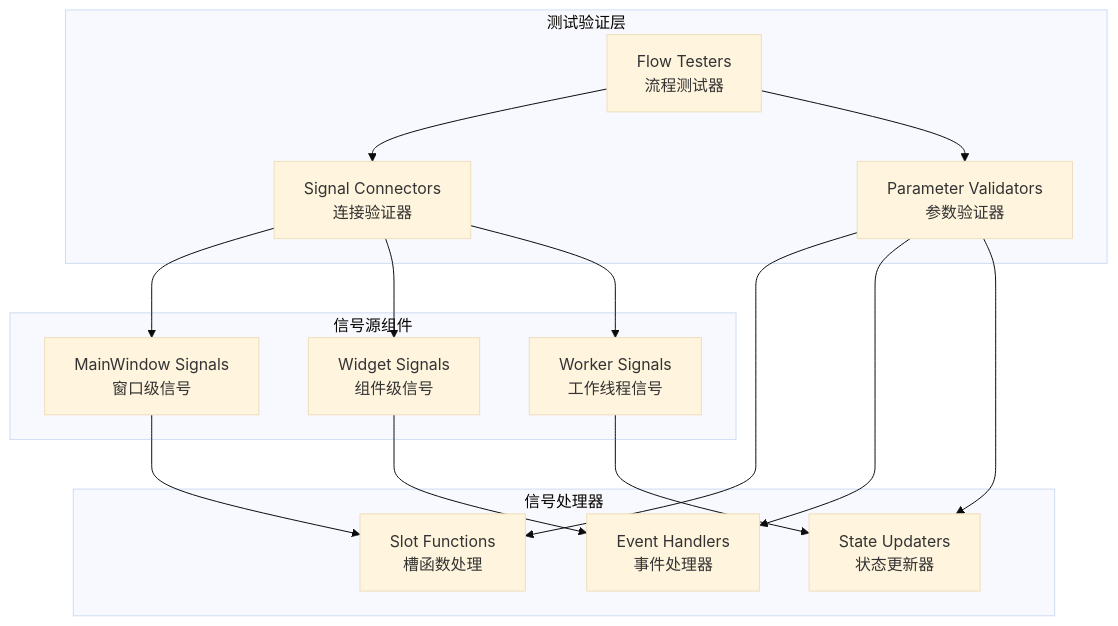
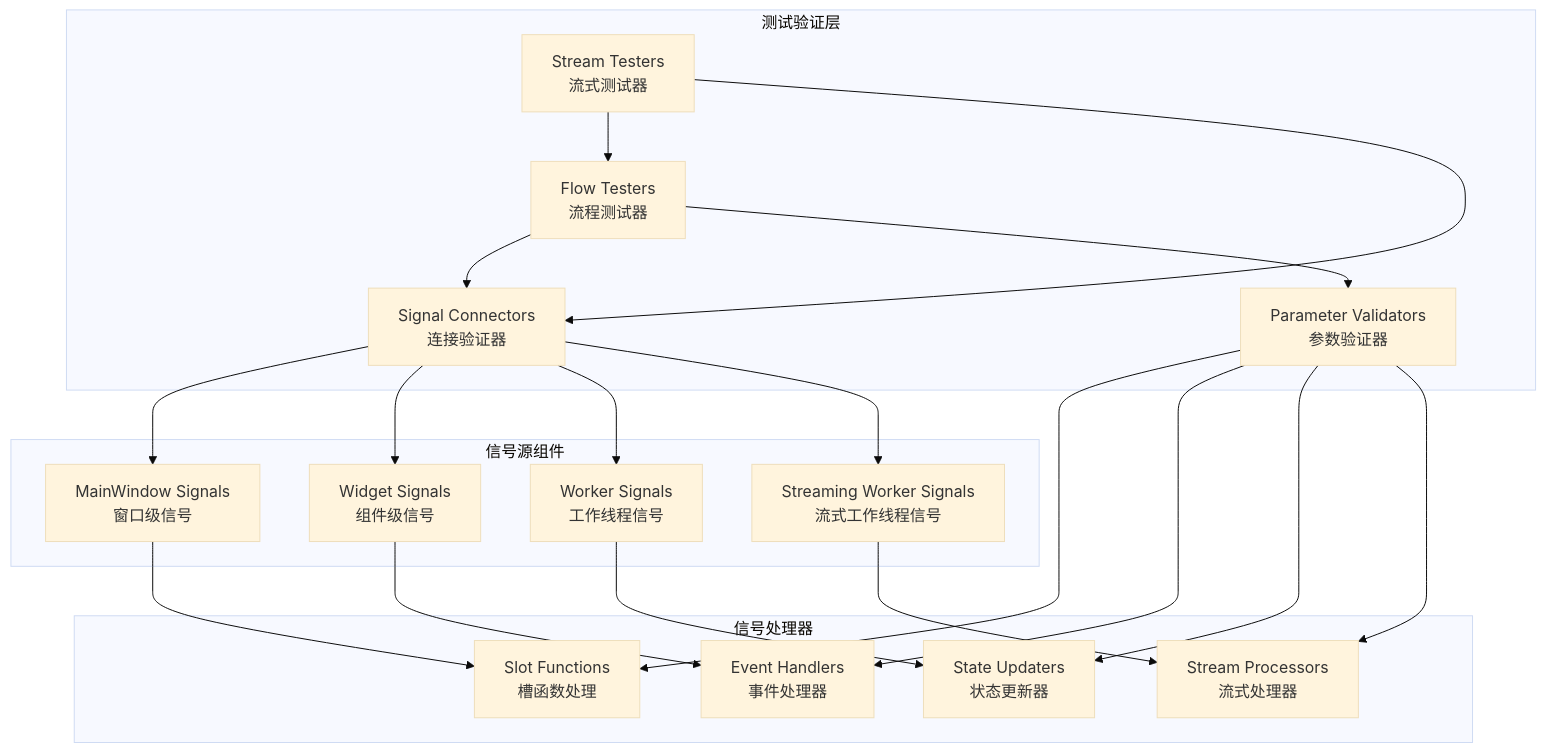
Diagram 11 of 14 in .qoder/repowiki/zh/content/测试与质量保证/GUI测试.md (boyingliu01/VideoSplitter), drawn with Mermaid (base theme) before and after one commit. The commit also changed other lines of this file and 147 other files, not shown here.

````diff
--- a/.qoder/repowiki/zh/content/测试与质量保证/GUI测试.md
+++ b/.qoder/repowiki/zh/content/测试与质量保证/GUI测试.md
@@ -388,29 +453,37 @@
 ```mermaid
 graph TB
 subgraph "信号源组件"
 A["MainWindow Signals<br/>窗口级信号"]
 B["Widget Signals<br/>组件级信号"]
 C["Worker Signals<br/>工作线程信号"]
+D["Streaming Worker Signals<br/>流式工作线程信号"]
 end
 subgraph "信号处理器"
-D["Slot Functions<br/>槽函数处理"]
-E["Event Handlers<br/>事件处理器"]
-F["State Updaters<br/>状态更新器"]
+E["Slot Functions<br/>槽函数处理"]
+F["Event Handlers<br/>事件处理器"]
+G["State Updaters<br/>状态更新器"]
+H["Stream Processors<br/>流式处理器"]
 end
 subgraph "测试验证层"
-G["Signal Connectors<br/>连接验证器"]
-H["Parameter Validators<br/>参数验证器"]
-I["Flow Testers<br/>流程测试器"]
+I["Signal Connectors<br/>连接验证器"]
+J["Parameter Validators<br/>参数验证器"]
+K["Flow Testers<br/>流程测试器"]
+L["Stream Testers<br/>流式测试器"]
 end
-A --> D
-B --> E
-C --> F
-G --> A
-G --> B
-G --> C
-H --> D
-H --> E
-H --> F
-I --> G
-I --> H
+A --> E
+B --> F
+C --> G
+D --> H
+I --> A
+I --> B
+I --> C
+I --> D
+J --> E
+J --> F
+J --> G
+J --> H
+K --> I
+K --> J
+L --> K
+L --> I
 ```
````
